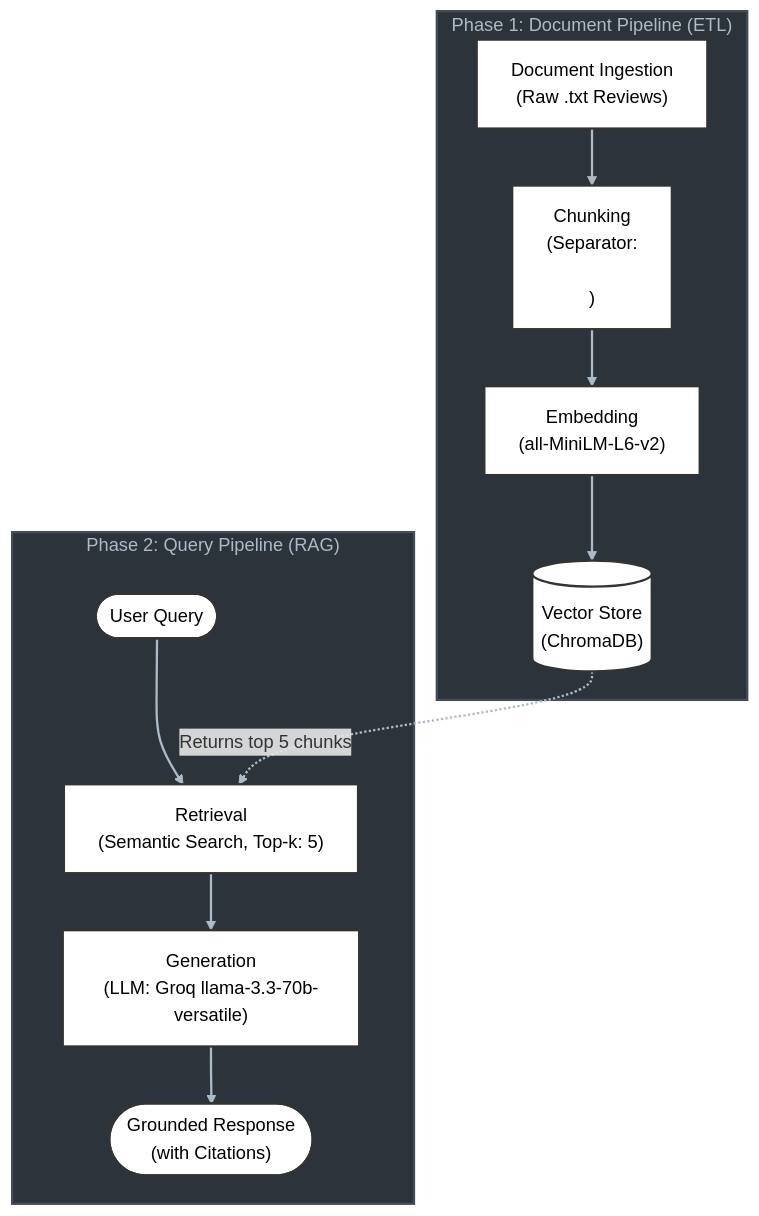
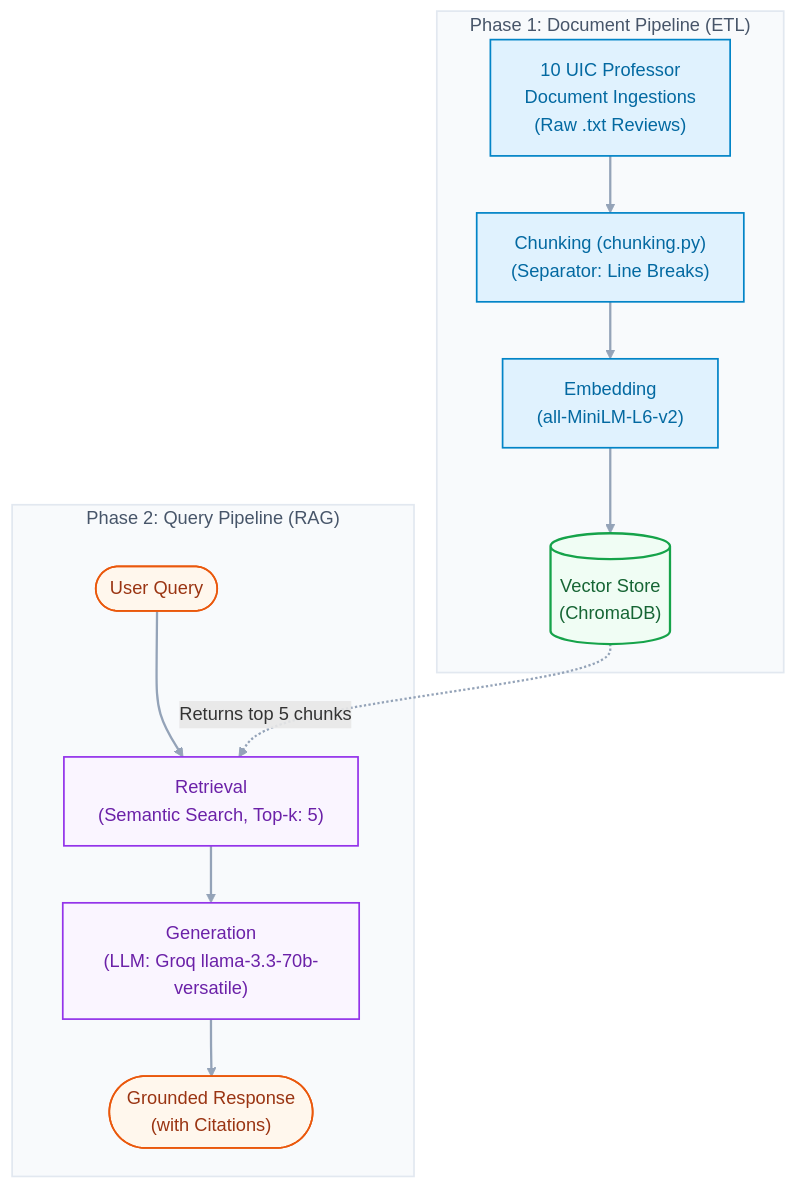
Before and after one commit to EmiEscu/ai201-project1-unofficial-guide-starter: the diagram in planning.md, drawn with Mermaid. The commit also changed other lines of this file, not shown here.

Commit message:
D: Milestone 2 Complete 'planning.md' is done

````diff
--- a/planning.md
+++ b/planning.md
@@ -114,21 +114,28 @@
 ```mermaid
 flowchart TD
-    %% Your Mermaid code goes here
-    style ETL fill:#2d333b,stroke:#444c56,color:#adbac7,stroke-width:2px
-    style RAG fill:#2d333b,stroke:#444c56,color:#adbac7,stroke-width:2px
-    classDef default fill:#ffffff,stroke:#333333,color:#000000,stroke-width:2px;
-    linkStyle default stroke:#adbac7,stroke-width:2px;
+    %% Creative & Clean Theme Definitions
+    classDef etl fill:#e0f2fe,stroke:#0284c7,color:#0369a1,stroke-width:1.5px;
+    classDef rag fill:#faf5ff,stroke:#9333ea,color:#6b21a8,stroke-width:1.5px;
+    classDef storage fill:#f0fdf4,stroke:#16a34a,color:#166534,stroke-width:2px;
+    classDef io fill:#fff7ed,stroke:#ea580c,color:#9a3412,stroke-width:1.5px;
+
+    %% Subgraph Layout Styling
+    style ETL fill:#f8fafc,stroke:#e2e8f0,color:#475569,stroke-width:1.5px;
+    style RAG fill:#f8fafc,stroke:#e2e8f0,color:#475569,stroke-width:1.5px;
+
+    %% Global Link Styling
+    linkStyle default stroke:#94a3b8,stroke-width:2px;
 
     subgraph ETL["Phase 1: Document Pipeline (ETL)"]
-        DI["Document Ingestion<br/>(Raw .txt Reviews)"] --> CH["Chunking<br/>(Separator: \n\n)"]
-        CH --> EM["Embedding<br/>(all-MiniLM-L6-v2)"]
-        EM --> VS[("Vector Store<br/>(ChromaDB)")]
+        DI["10 UIC Professor<br/>Document Ingestions<br/>(Raw .txt Reviews)"]:::etl --> CH["Chunking (chunking.py)<br/>(Separator: Line Breaks)"]:::etl
+        CH --> EM["Embedding<br/>(all-MiniLM-L6-v2)"]:::etl
+        EM --> VS[("Vector Store<br/>(ChromaDB)")]:::storage
     end
 
     subgraph RAG["Phase 2: Query Pipeline (RAG)"]
-        UQ(["User Query"]) --> RET["Retrieval<br/>(Semantic Search, Top-k: 5)"]
+        UQ(["User Query"]):::io --> RET["Retrieval<br/>(Semantic Search, Top-k: 5)"]:::rag
         VS -.->|Returns top 5 chunks| RET
-        RET --> GEN["Generation<br/>(LLM: Groq llama-3.3-70b-versatile)"]
-        GEN --> GR(["Grounded Response<br/>(with Citations)"])
+        RET --> GEN["Generation<br/>(LLM: Groq llama-3.3-70b-versatile)"]:::rag
+        GEN --> GR(["Grounded Response<br/>(with Citations)"]):::io
     end
 ```
````
